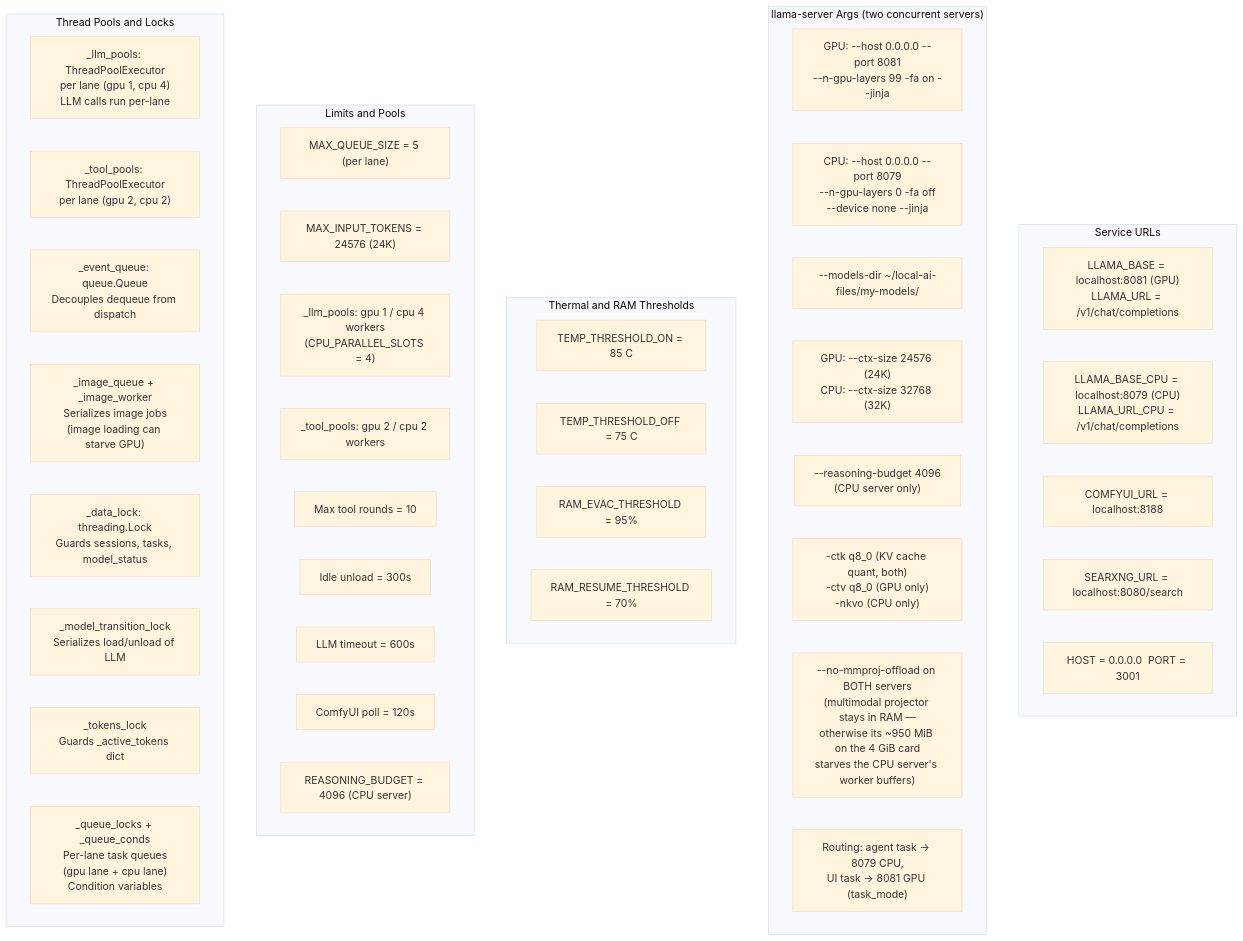
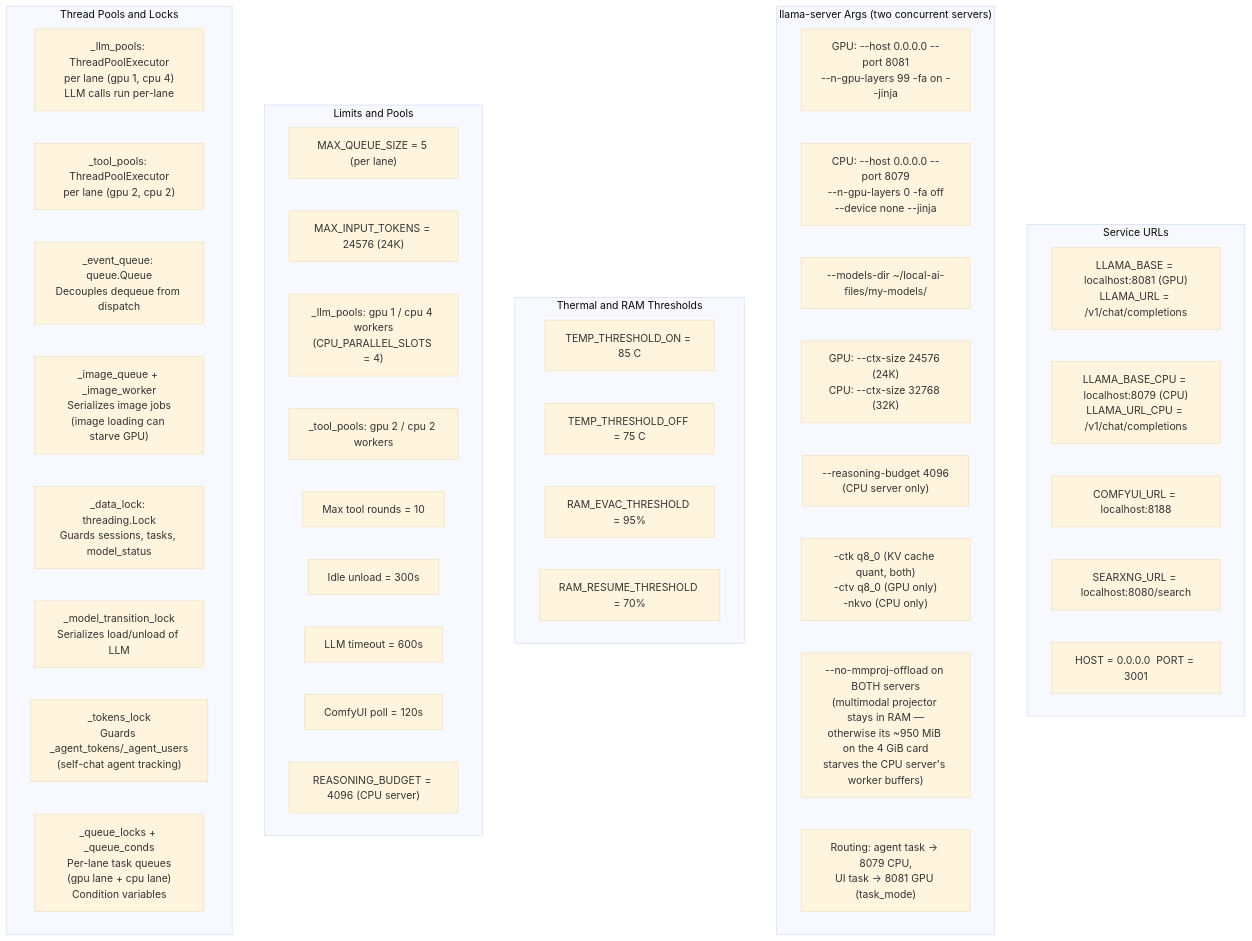
Before and after one commit to Palash90/local-ai: the third of 12 diagrams in README.md, drawn with Mermaid (base theme). The commit also changed other lines of this file and 12 other files, not shown here.

````diff
--- a/README.md
+++ b/README.md
@@ -217,51 +262,51 @@
 ```mermaid
 graph TD
     subgraph RCNetwork ["Service URLs"]
         RC1["LLAMA_BASE = localhost:8081 (GPU)\nLLAMA_URL = /v1/chat/completions"]
         RC2["LLAMA_BASE_CPU = localhost:8079 (CPU)\nLLAMA_URL_CPU = /v1/chat/completions"]
         RC3["COMFYUI_URL = localhost:8188"]
         RC4["SEARXNG_URL = localhost:8080/search"]
         RC5["HOST = 0.0.0.0  PORT = 3001"]
     end
 
     subgraph RCLlama ["llama-server Args (two concurrent servers)"]
         RCL1["GPU: --host 0.0.0.0 --port 8081\n--n-gpu-layers 99 -fa on --jinja"]
         RCL2["CPU: --host 0.0.0.0 --port 8079\n--n-gpu-layers 0 -fa off\n--device none --jinja"]
         RCL3["--models-dir ~/local-ai-files/my-models/"]
         RCL4["GPU: --ctx-size 24576 (24K)\nCPU: --ctx-size 32768 (32K)"]
         RCL5["--reasoning-budget 4096\n(CPU server only)"]
         RCL6["-ctk q8_0 (KV cache quant, both)\n-ctv q8_0 (GPU only)\n-nkvo (CPU only)"]
         RCL7["--no-mmproj-offload on BOTH servers\n(multimodal projector stays in RAM —\notherwise its ~950 MiB on the 4 GiB card\nstarves the CPU server's worker buffers)"]
         RCL8["Routing: agent task → 8079 CPU,\nUI task → 8081 GPU (task_mode)"]
     end
 
     subgraph RCThermal ["Thermal and RAM Thresholds"]
         RT1["TEMP_THRESHOLD_ON = 85 C"]
         RT2["TEMP_THRESHOLD_OFF = 75 C"]
         RT3["RAM_EVAC_THRESHOLD = 95%"]
         RT4["RAM_RESUME_THRESHOLD = 70%"]
     end
 
     subgraph RCLimits ["Limits and Pools"]
         RL1["MAX_QUEUE_SIZE = 5 (per lane)"]
         RL2["MAX_INPUT_TOKENS = 24576 (24K)"]
         RL3["_llm_pools: gpu 1 / cpu 4 workers\n(CPU_PARALLEL_SLOTS = 4)"]
         RL4["_tool_pools: gpu 2 / cpu 2 workers"]
         RL5["Max tool rounds = 10"]
         RL6["Idle unload = 300s"]
         RL7["LLM timeout = 600s"]
         RL8["ComfyUI poll = 120s"]
         RL9["REASONING_BUDGET = 4096 (CPU server)"]
     end
 
     subgraph RCThreads ["Thread Pools and Locks"]
         LK1["_llm_pools: ThreadPoolExecutor\nper lane (gpu 1, cpu 4)\nLLM calls run per-lane"]
         LK2["_tool_pools: ThreadPoolExecutor\nper lane (gpu 2, cpu 2)"]
         LK3["_event_queue: queue.Queue\nDecouples dequeue from dispatch"]
         LK4["_image_queue + _image_worker\nSerializes image jobs\n(image loading can starve GPU)"]
         LK5["_data_lock: threading.Lock\nGuards sessions, tasks, model_status"]
         LK6["_model_transition_lock\nSerializes load/unload of LLM"]
-        LK7["_tokens_lock\nGuards _active_tokens dict"]
+        LK7["_tokens_lock\nGuards _agent_tokens/_agent_users\n(self-chat agent tracking)"]
         LK8["_queue_locks + _queue_conds\nPer-lane task queues\n(gpu lane + cpu lane)\nCondition variables"]
     end
 ```
````
